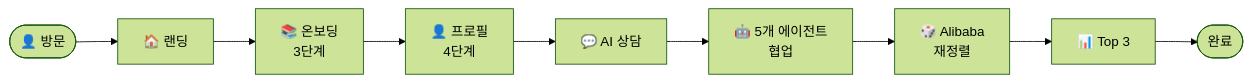
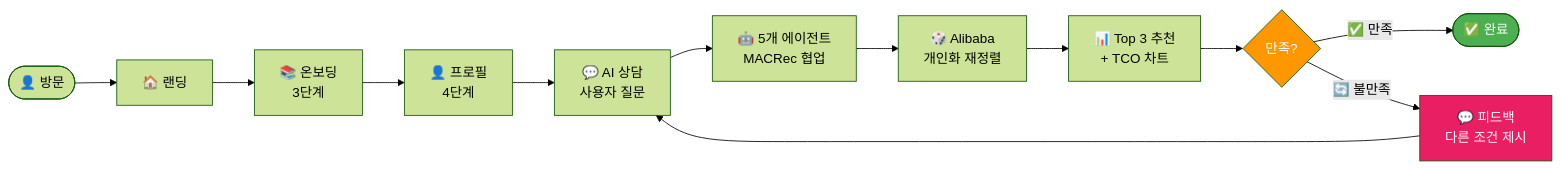
One commit to SeSAC-DA1/CarFin_AI_Final changed the eighth of 8 diagrams in README.md. Above: the diagram before and after it, drawn with Mermaid (forest theme). The commit also changed other lines of this file, not shown here.

Commit message:
✨ Improve: 사용자 여정에 재추천 루프 시각화 추가
## 개선된 내용

### 🔄 재추천 로직 추가
- Decision 노드 추가: "만족?" 분기점
- 만족 시: ✅ 완료
- 불만족 시: 🔄 피드백 → AI 상담 재진입 (루프)

### 📊 시각적 개선
- Decision 노드 스타일: 주황색 (#FF9800)
- Feedback 노드 스타일: 핑크색 (#E91E63)
- End 노드 스타일: 초록색 (#4CAF50)
- 재추천 루프 화살표: Feedback → Chat

### 📝 워크플로우 설명 추가
- "재추천 루프: 불만족 시 다른 조건으로 즉시 재추천"

### 🎯 실제 서비스 반영
- 사용자가 추천 결과에 만족하지 않을 때
- 다른 조건을 제시하면
- AI 상담으로 돌아가 재추천 받는 흐름 시각화

🤖 Generated with [Claude Code](https://claude.com/claude-code)

````diff
--- a/README.md
+++ b/README.md
@@ -376,11 +376,18 @@
 ```mermaid
 flowchart LR
     Start([👤 방문]) --> Landing[🏠 랜딩]
     Landing --> Onboarding[📚 온보딩<br/>3단계]
     Onboarding --> Profile[👤 프로필<br/>4단계]
-    Profile --> Chat[💬 AI 상담]
-    Chat --> Agents[🤖 5개 에이전트<br/>협업]
-    Agents --> Rerank[🎲 Alibaba<br/>재정렬]
-    Rerank --> Result[📊 Top 3]
-    Result --> End([완료])
+    Profile --> Chat[💬 AI 상담<br/>사용자 질문]
+    Chat --> Agents[🤖 5개 에이전트<br/>MACRec 협업]
+    Agents --> Rerank[🎲 Alibaba<br/>개인화 재정렬]
+    Rerank --> Result[📊 Top 3 추천<br/>+ TCO 차트]
+    Result --> Decision{만족?}
+    Decision -->|✅ 만족| End([✅ 완료])
+    Decision -->|🔄 불만족| Feedback[💬 피드백<br/>다른 조건 제시]
+    Feedback --> Chat
+
+    style Decision fill:#FF9800,color:#fff
+    style Feedback fill:#E91E63,color:#fff
+    style End fill:#4CAF50,color:#fff
 ```
````
